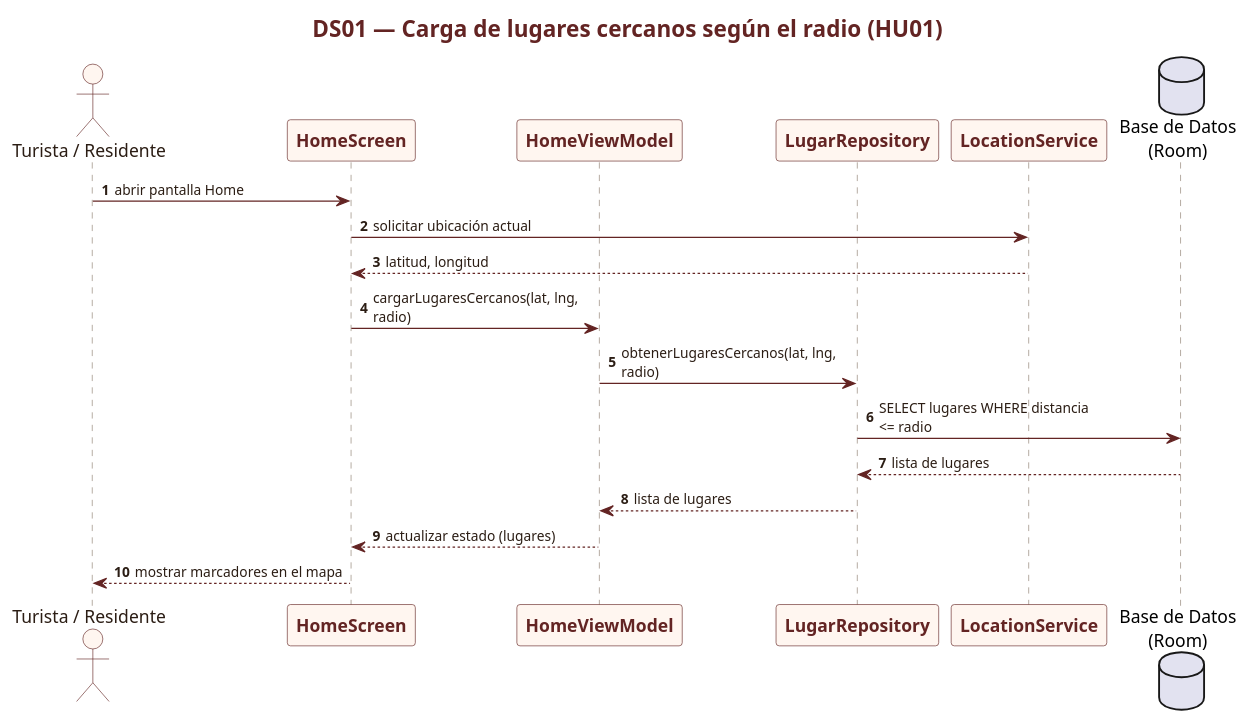
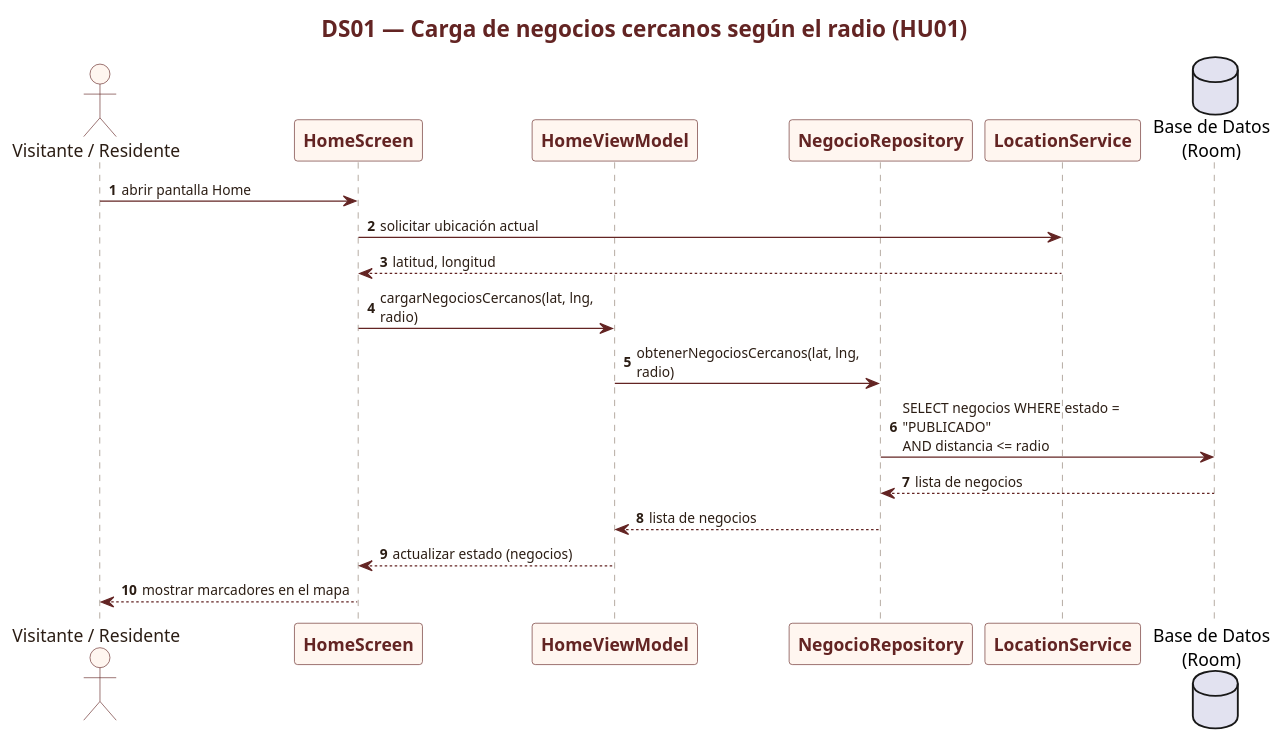
Before and after one commit to chelingo1994/LuciDan: the diagram in diagrams/S1_DS01_Carga_Lugares_Cercanos.puml, drawn with PlantUML. The commit also changed 197 other files, not shown here.

```diff
--- a/diagrams/S1_DS01_Carga_Lugares_Cercanos.puml
+++ b/diagrams/S1_DS01_Carga_Lugares_Cercanos.puml
@@ -1,55 +1,55 @@
 @startuml
 
 skinparam backgroundColor white
 skinparam shadowing false
 skinparam defaultFontName Arial
 skinparam maxMessageSize 180
 skinparam sequenceArrowThickness 1
 skinparam ArrowColor #632423
 skinparam ArrowFontColor #2B1D14
 skinparam ArrowFontSize 11
 skinparam sequence {
   ActorBorderColor #632423
   ActorBackgroundColor #FFF6F0
   ActorFontColor #2B1D14
   ParticipantBorderColor #632423
   ParticipantBackgroundColor #FFF6F0
   ParticipantFontColor #632423
   ParticipantFontStyle bold
   LifeLineBorderColor #8A7A6C
   LifeLineBackgroundColor #FFF6F0
   BoxBorderColor #632423
   BoxFontColor #632423
   BoxBackgroundColor #FFF9F5
   DividerBorderColor #632423
   DividerBackgroundColor #F2E4DE
   DividerFontColor #632423
 }
 skinparam titleFontColor #632423
 skinparam titleFontSize 18
 skinparam titleFontStyle bold
 skinparam noteBackgroundColor #FFF9E8
 skinparam noteBorderColor #8A7A6C
 
 
-title DS01 — Carga de lugares cercanos según el radio (HU01)
+title DS01 — Carga de negocios cercanos según el radio (HU01)
 autonumber
-actor "Turista / Residente" as U
+actor "Visitante / Residente" as U
 participant "HomeScreen" as UI
 participant "HomeViewModel" as VM
-participant "LugarRepository" as REPO
+participant "NegocioRepository" as REPO
 participant "LocationService" as GPS
 database "Base de Datos\n(Room)" as DB
 
 U -> UI : abrir pantalla Home
 UI -> GPS : solicitar ubicación actual
 GPS --> UI : latitud, longitud
-UI -> VM : cargarLugaresCercanos(lat, lng, radio)
-VM -> REPO : obtenerLugaresCercanos(lat, lng, radio)
-REPO -> DB : SELECT lugares WHERE distancia <= radio
-DB --> REPO : lista de lugares
-REPO --> VM : lista de lugares
-VM --> UI : actualizar estado (lugares)
+UI -> VM : cargarNegociosCercanos(lat, lng, radio)
+VM -> REPO : obtenerNegociosCercanos(lat, lng, radio)
+REPO -> DB : SELECT negocios WHERE estado = "PUBLICADO"\nAND distancia <= radio
+DB --> REPO : lista de negocios
+REPO --> VM : lista de negocios
+VM --> UI : actualizar estado (negocios)
 UI --> U : mostrar marcadores en el mapa
 
 @enduml
```
